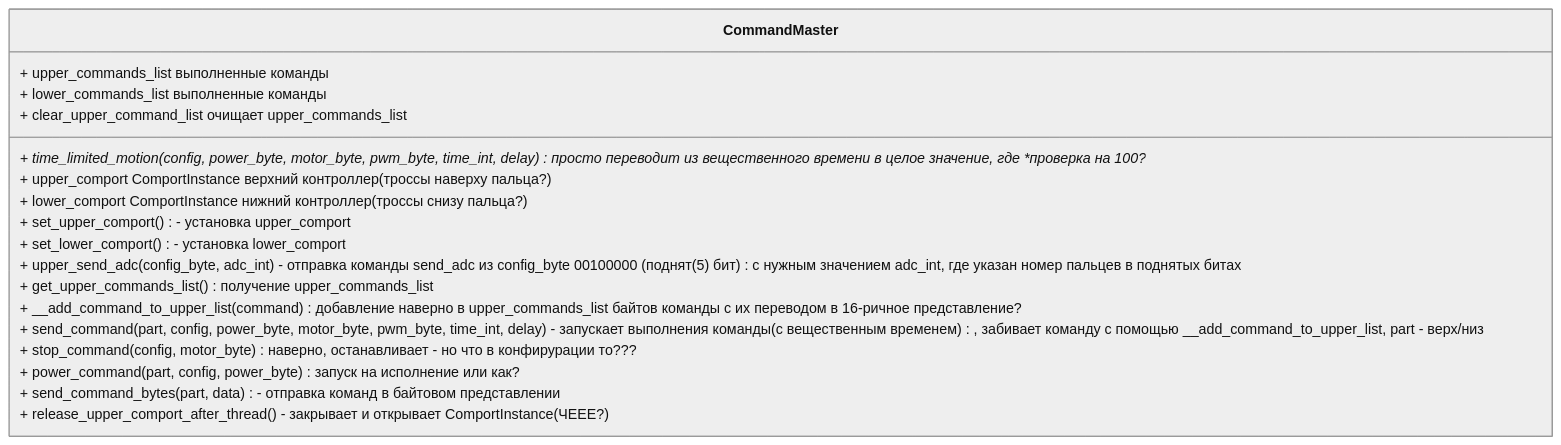
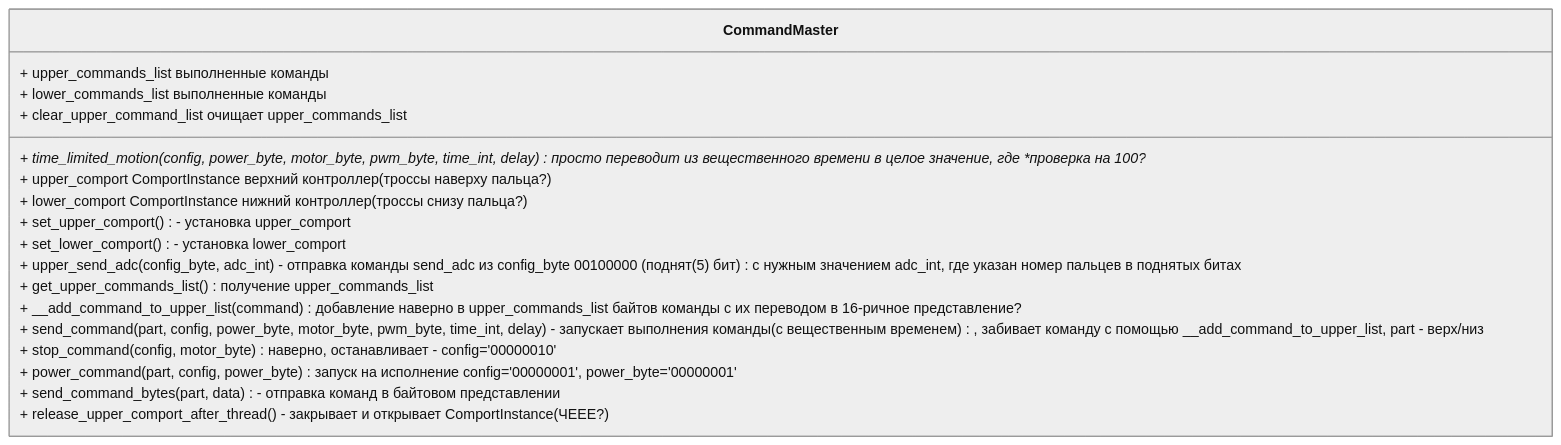
Before and after one commit to kosteleyyv/wiki_cybermed: the second of 3 diagrams in README.md, drawn with Mermaid (neutral theme). The commit also changed other lines of this file, not shown here.

````diff
--- a/README.md
+++ b/README.md
@@ -32,21 +36,21 @@
 ```mermaid
 classDiagram
 class CommandMaster{
    + time_limited_motion(config, power_byte, motor_byte, pwm_byte, time_int, delay) просто переводит из вещественного времени в целое значение, где **проверка на 100?**
    + upper_comport ComportInstance верхний контроллер (троссы наверху пальца?)
    + lower_comport ComportInstance нижний контроллер (троссы снизу пальца?)
    + upper_commands_list выполненные команды
    + lower_commands_list выполненные команды
    + set_upper_comport() - установка upper_comport
    + set_lower_comport() - установка lower_comport
    + upper_send_adc(config_byte, adc_int) - отправка команды send_adc из config_byte 00100000 (поднят (5) бит) с нужным значением adc_int, где указан номер пальцев в поднятых битах
    + get_upper_commands_list() получение upper_commands_list
    + __add_command_to_upper_list (command) добавление наверно в upper_commands_list байтов команды с их переводом в 16-ричное представление?
    + clear_upper_command_list очищает upper_commands_list
    + send_command(part, config, power_byte, motor_byte, pwm_byte, time_int, delay) - запускает выполнения команды (с вещественным временем), забивает команду с помощью __add_command_to_upper_list, part - верх/низ
-   + stop_command(config, motor_byte) наверно, останавливает - но что в конфирурации то???
-   + power_command(part, config, power_byte) запуск на исполнение или как?
+   + stop_command(config, motor_byte) наверно, останавливает - config='00000010'
+   + power_command(part, config, power_byte) запуск на исполнение config='00000001', power_byte='00000001'
    + send_command_bytes( part, data) - отправка команд в байтовом представлении
    + release_upper_comport_after_thread() - закрывает и открывает ComportInstance (ЧЕЕЕ?)
 }
 ```
````
